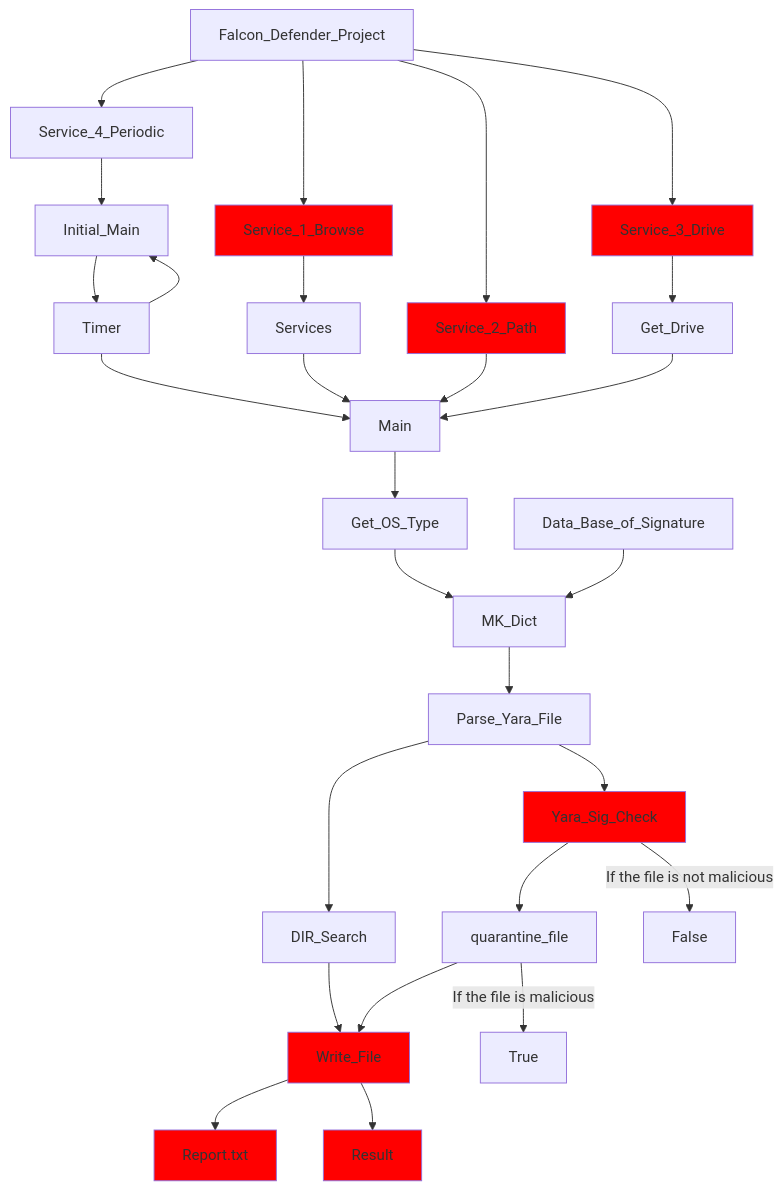
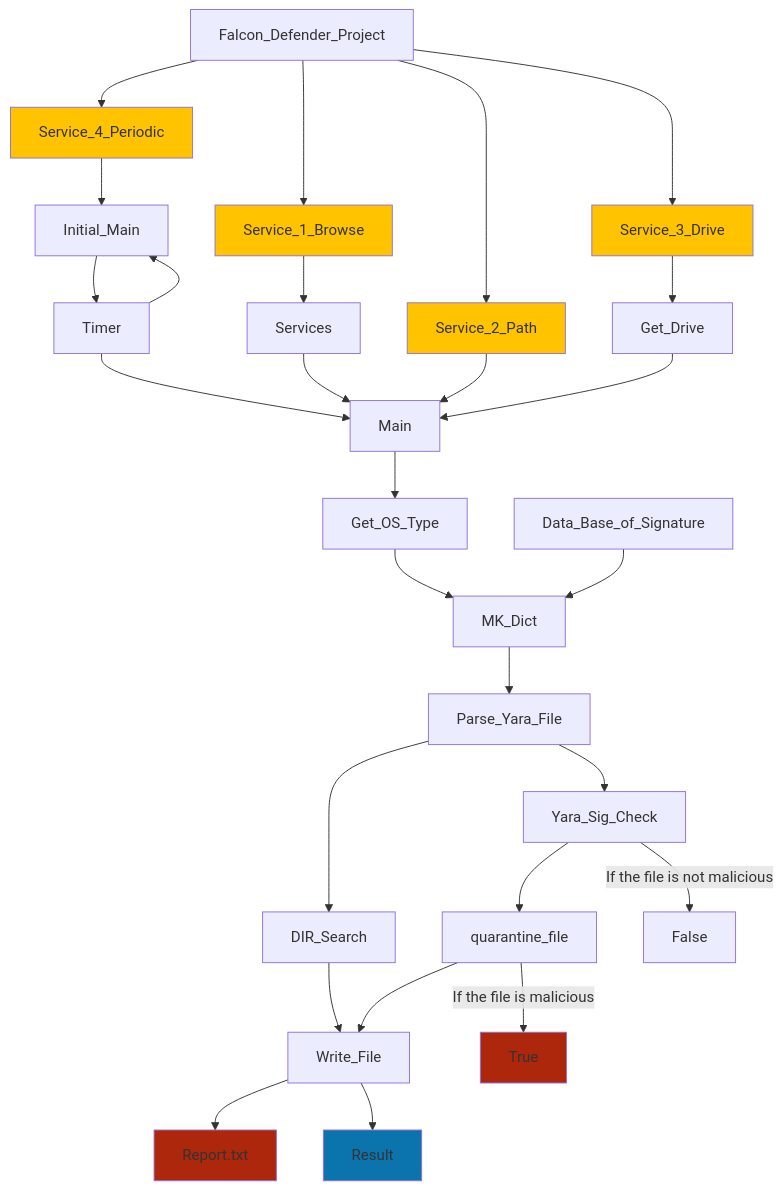
One commit to AyhamAsfoor/Falcon_Defender changed the diagram in README.md. Above: the diagram before and after it, drawn with Mermaid.

````diff
--- a/README.md
+++ b/README.md
@@ -68,37 +68,39 @@
 ```mermaid
 graph TD;
    Falcon_Defender_Project-->Service_1_Browse;
    Service_1_Browse-->Services;
    Falcon_Defender_Project-->Service_2_Path;
    Falcon_Defender_Project-->Service_3_Drive;
    Service_3_Drive-->Get_Drive;
    Falcon_Defender_Project-->Service_4_Periodic;
    Service_4_Periodic-->Initial_Main;
    Initial_Main-->Timer;
    Timer-->Initial_Main;
    Timer-->Main;
    Services-->Main;
    Service_2_Path-->Main;
    Get_Drive-->Main;
    Main-->Get_OS_Type;
    Get_OS_Type-->MK_Dict;
    Data_Base_of_Signature-->MK_Dict;
    MK_Dict-->Parse_Yara_File;
    Parse_Yara_File-->DIR_Search;
    Parse_Yara_File-->Yara_Sig_Check;
    DIR_Search-->Write_File;
    Yara_Sig_Check-->quarantine_file;
    quarantine_file-->Write_File;
    Yara_Sig_Check-->|If the file is not malicious| False;
    quarantine_file-->|If the file is malicious| True;
    Write_File-->Report_txt[Report.txt];
    Write_File-->Result[Result];
 
-   style Service_1_Browse fill:#ff0000;
-   style Service_2_Path fill:#ff0000;
-   style Service_3_Drive fill:#ff0000;
-   style Yara_Sig_Check fill:#ff0000;
-   style Write_File fill:#ff0000;
-   style Report_txt fill:#ff0000;
-   style Result fill:#ff0000;
+   style Service_1_Browse fill:#FFC300;
+   style Service_2_Path fill:#FFC300;
+   style Service_3_Drive fill:#FFC300;
+   style Service_4_Periodic fill:#FFC300;
+   style Data_Base_of_Signature fill:##f58200;
+   style Report_txt fill:#ac270b;
+   style Result fill:#ac270b;
+   style True fill:#ac270b;
+   style Result fill:#0b74ac;
 ```
````
